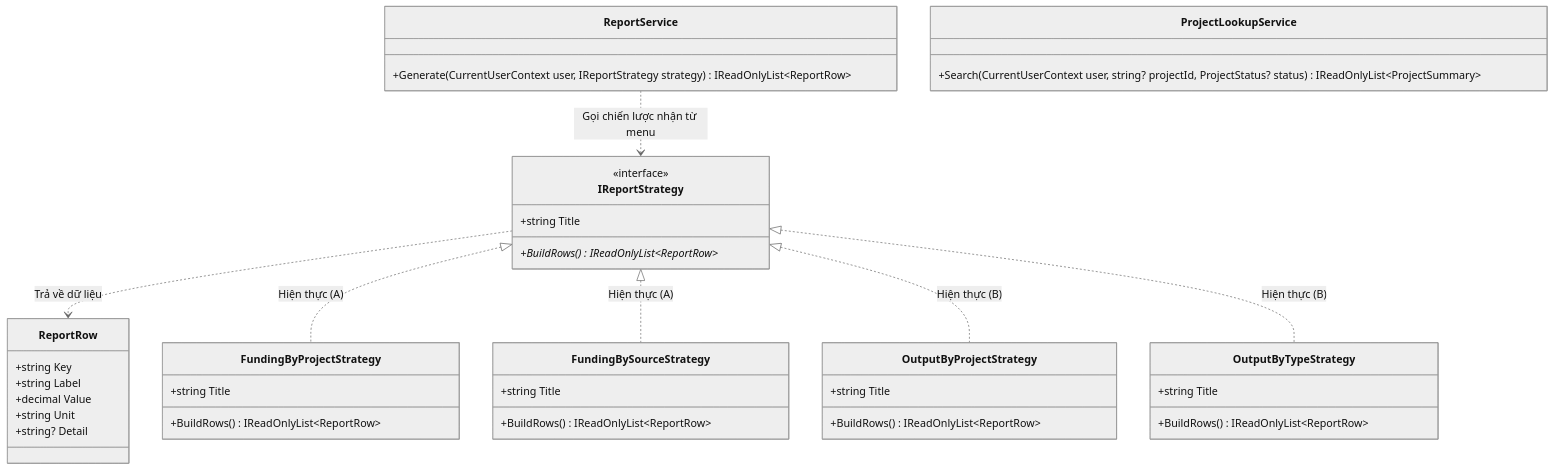
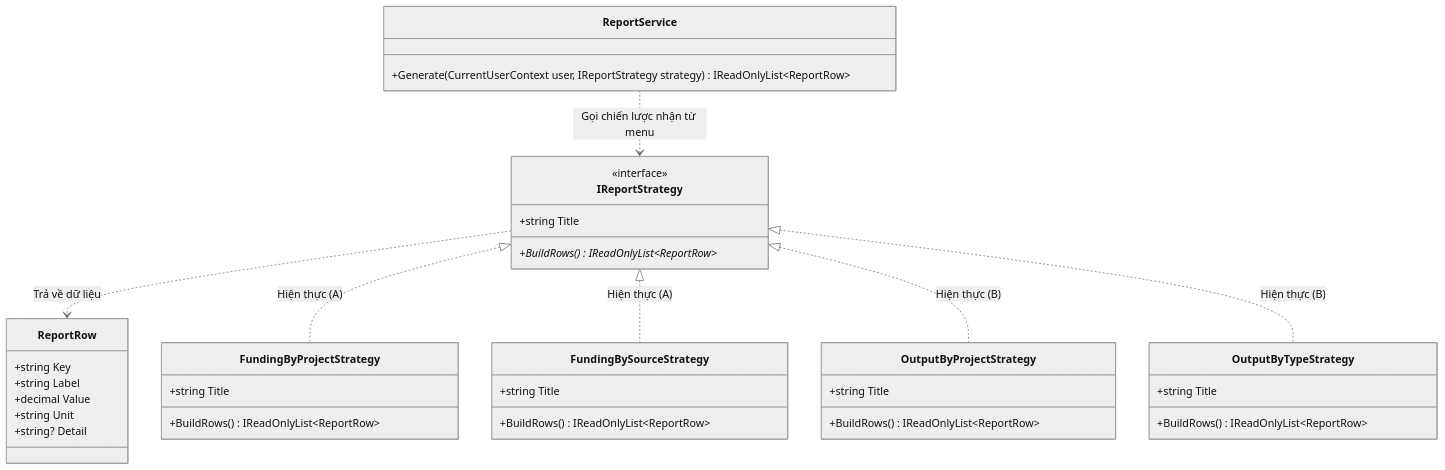
Before and after one commit to PKT-zZ/QLNCKH_OOP_FINAL: the fourth of 10 diagrams in docs/uml.md, drawn with Mermaid (neutral theme). The commit also changed other lines of this file and 1 other file, not shown here.

Commit message:
docs: align use cases and UML with implementation

````diff
--- a/docs/uml.md
+++ b/docs/uml.md
@@ -320,51 +324,47 @@
 ```mermaid
 classDiagram
     class ReportRow {
         +string Key
         +string Label
         +decimal Value
         +string Unit
         +string? Detail
     }
 
     class IReportStrategy {
         <<interface>>
         +string Title
         +BuildRows()* IReadOnlyList~ReportRow~
     }
 
     class FundingByProjectStrategy {
         +string Title
         +BuildRows() IReadOnlyList~ReportRow~
     }
 
     class FundingBySourceStrategy {
         +string Title
         +BuildRows() IReadOnlyList~ReportRow~
     }
 
     class OutputByProjectStrategy {
         +string Title
         +BuildRows() IReadOnlyList~ReportRow~
     }
 
     class OutputByTypeStrategy {
         +string Title
         +BuildRows() IReadOnlyList~ReportRow~
     }
 
     class ReportService {
         +Generate(CurrentUserContext user, IReportStrategy strategy) IReadOnlyList~ReportRow~
     }
 
-    class ProjectLookupService {
-        +Search(CurrentUserContext user, string? projectId, ProjectStatus? status) IReadOnlyList~ProjectSummary~
-    }
-
     ReportService ..> IReportStrategy : Gọi chiến lược nhận từ menu
     IReportStrategy ..> ReportRow : Trả về dữ liệu
     IReportStrategy <|.. FundingByProjectStrategy : Hiện thực (A)
     IReportStrategy <|.. FundingBySourceStrategy : Hiện thực (A)
     IReportStrategy <|.. OutputByProjectStrategy : Hiện thực (B)
     IReportStrategy <|.. OutputByTypeStrategy : Hiện thực (B)
 ```
````
